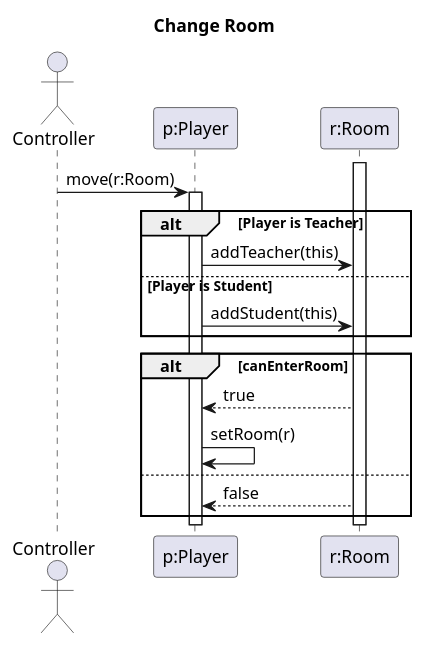
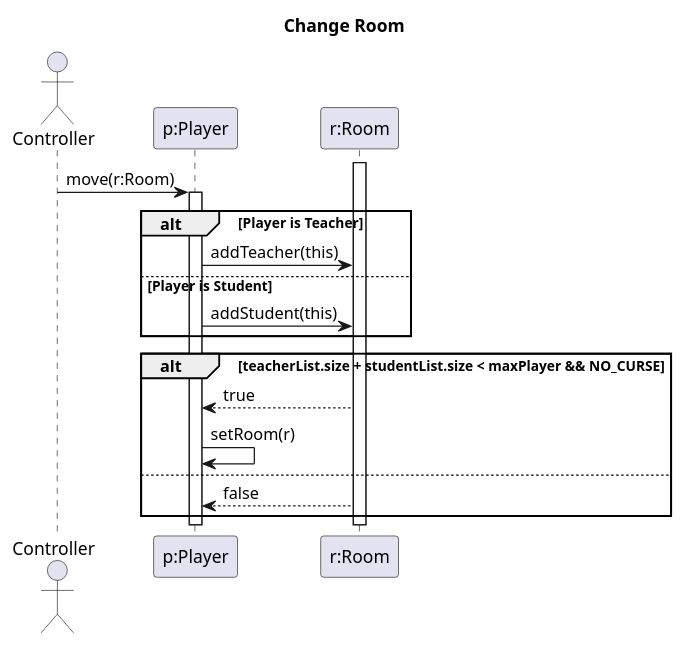
One commit to MBakter/echo changed the diagram in player_step.plantuml. Above: the diagram before and after it, drawn with PlantUML. The commit also changed 6 other files, not shown here.

```diff
--- a/player_step.plantuml
+++ b/player_step.plantuml
@@ -1,27 +1,27 @@
 @startuml character_move
 
 title Change Room
 actor Controller
 participant "p:Player" as Player
 participant "r:Room" as r
 
     Controller -> Player : move(r:Room)
     activate Player
 
     alt Player is Teacher
     Player -> r : addTeacher(this)
     else Player is Student
     Player -> r : addStudent(this)
     end
 
     activate r
-    alt canEnterRoom
+    alt teacherList.size + studentList.size < maxPlayer && NO_CURSE
         r --> Player : true
         Player -> Player : setRoom(r)
     else
         r --> Player : false
     end
     deactivate r
 deactivate Player
 
 @enduml
```
